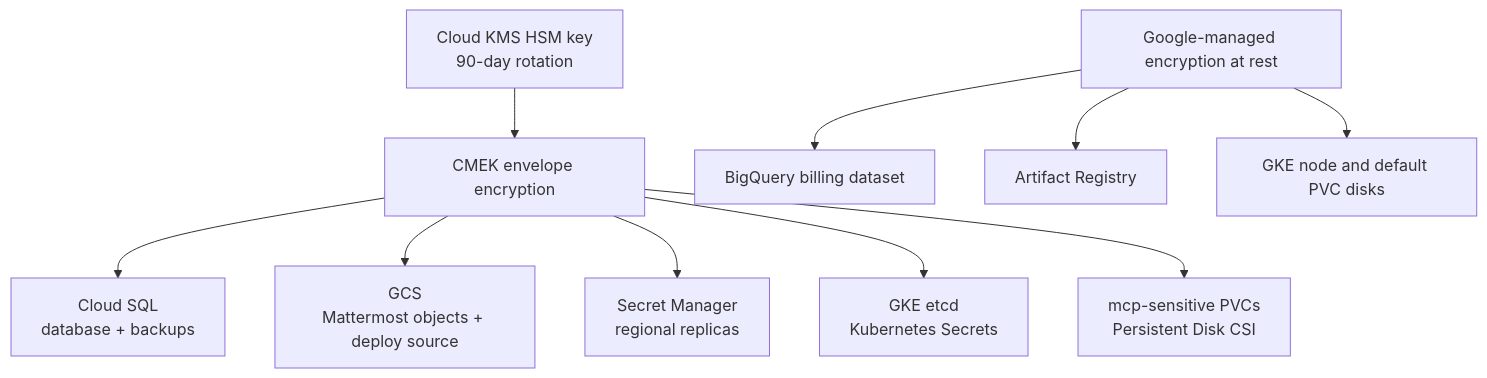
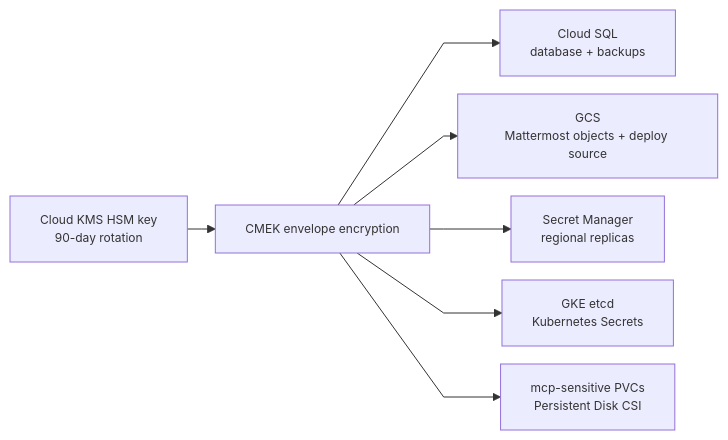
The fifth of 10 diagrams in README.md (pilprod/yourown-chat), drawn with Mermaid before and after one commit. The commit also changed other lines of this file, not shown here.

Commit message:
docs: compact architecture diagrams

````diff
--- a/README.md
+++ b/README.md
@@ -691,13 +695,10 @@
 ```mermaid
-flowchart TB
+%%{init: {"flowchart": {"nodeSpacing": 18, "rankSpacing": 28, "curve": "linear"}, "themeVariables": {"fontSize": "12px"}}}%%
+flowchart LR
   K["Cloud KMS HSM key<br/>90-day rotation"] --> E["CMEK envelope encryption"]
   E --> SQL["Cloud SQL<br/>database + backups"]
   E --> GCS["GCS<br/>Mattermost objects + deploy source"]
   E --> SM["Secret Manager<br/>regional replicas"]
   E --> ETCD["GKE etcd<br/>Kubernetes Secrets"]
   E --> PVC["mcp-sensitive PVCs<br/>Persistent Disk CSI"]
-
-  GM["Google-managed encryption at rest"] --> BQ["BigQuery billing dataset"]
-  GM --> AR["Artifact Registry"]
-  GM --> ND["GKE node and default PVC disks"]
 ```
````
